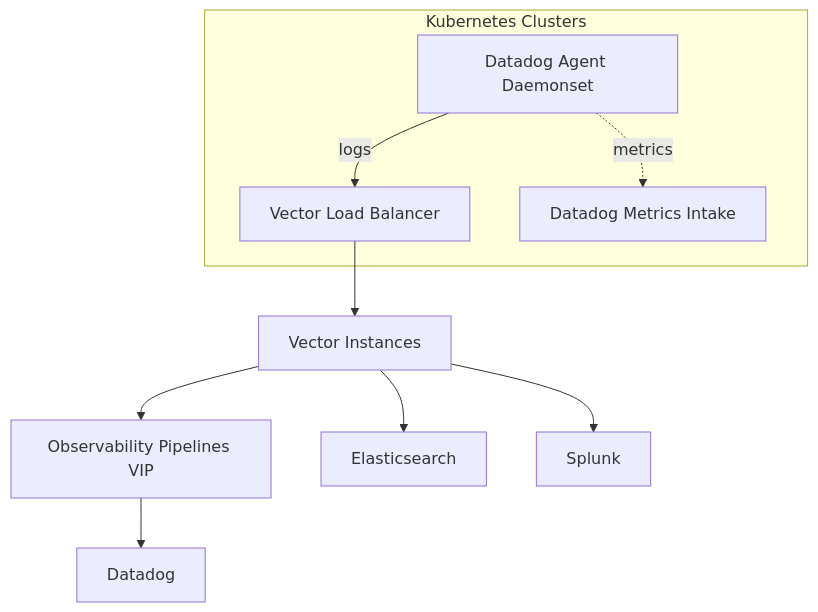
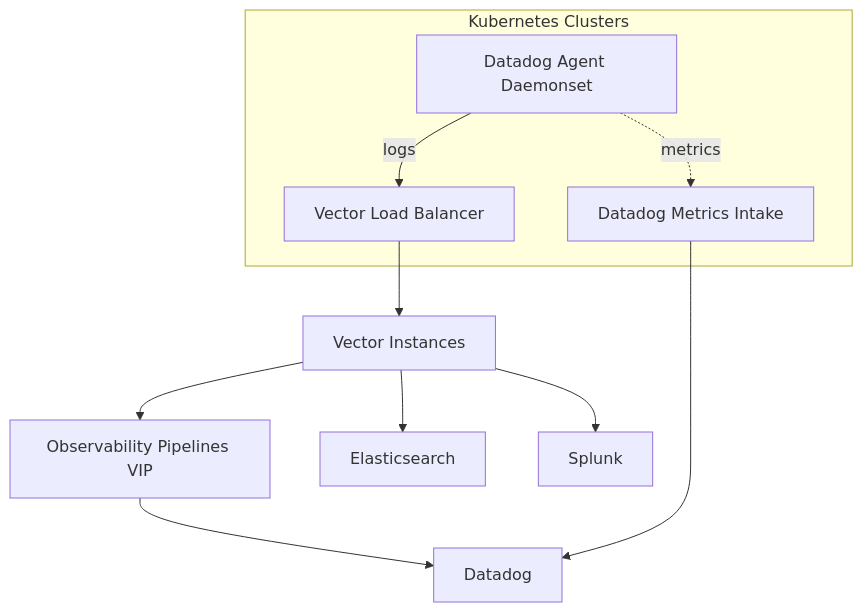
One commit to 18LEDs/concourse changed the diagram in vector-test/README.md. Above: the diagram before and after it, drawn with Mermaid.

Commit message:
Update mermaid

````diff
--- a/vector-test/README.md
+++ b/vector-test/README.md
@@ -64,12 +64,13 @@
 ```mermaid
 graph TD
     subgraph "Kubernetes Clusters"
         A[Datadog Agent Daemonset] -- logs --> LB[Vector Load Balancer]
         A -. metrics .-> DD[Datadog Metrics Intake]
     end
     LB --> V[Vector Instances]
     V --> OP[Observability Pipelines VIP]
     OP --> D[Datadog]
     V --> ES[Elasticsearch]
     V --> SP[Splunk]
+    DD --> D
 ```
````
